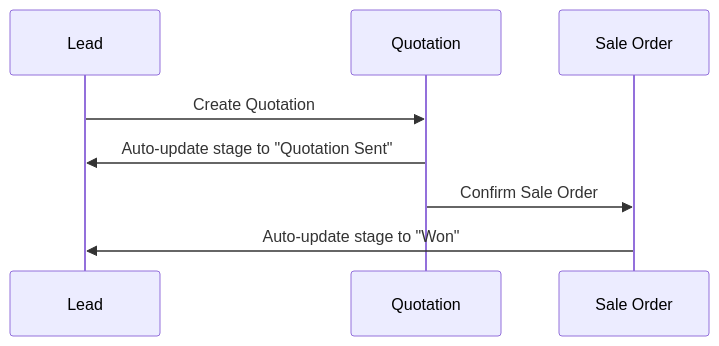
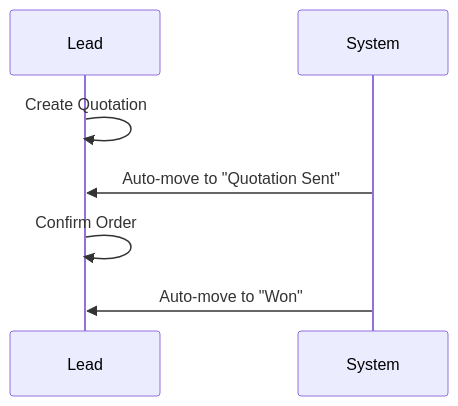
The sixth of 11 diagrams in lablink/Document/LABLINK_CUSTOM_DEVELOPMENTS_MANUAL.md (centrics-lakshitha/development_documentation), drawn with Mermaid before and after one commit. The commit also changed other lines of this file, not shown here.

````diff
--- a/lablink/Document/LABLINK_CUSTOM_DEVELOPMENTS_MANUAL.md
+++ b/lablink/Document/LABLINK_CUSTOM_DEVELOPMENTS_MANUAL.md
@@ -334,11 +392,11 @@
 ```mermaid
 sequenceDiagram
-    participant L as Lead
-    participant Q as Quotation
-    participant S as Sale Order
+    participant Lead
+    participant System
 
-    L->>Q: Create Quotation
-    Q->>L: Auto-update stage to "Quotation Sent"
-    Q->>S: Confirm Sale Order
-    S->>L: Auto-update stage to "Won"
+    Lead->>Lead: Create Quotation
+    System->>Lead: Auto-move to "Quotation Sent"
+
+    Lead->>Lead: Confirm Order
+    System->>Lead: Auto-move to "Won"
 ```
````
